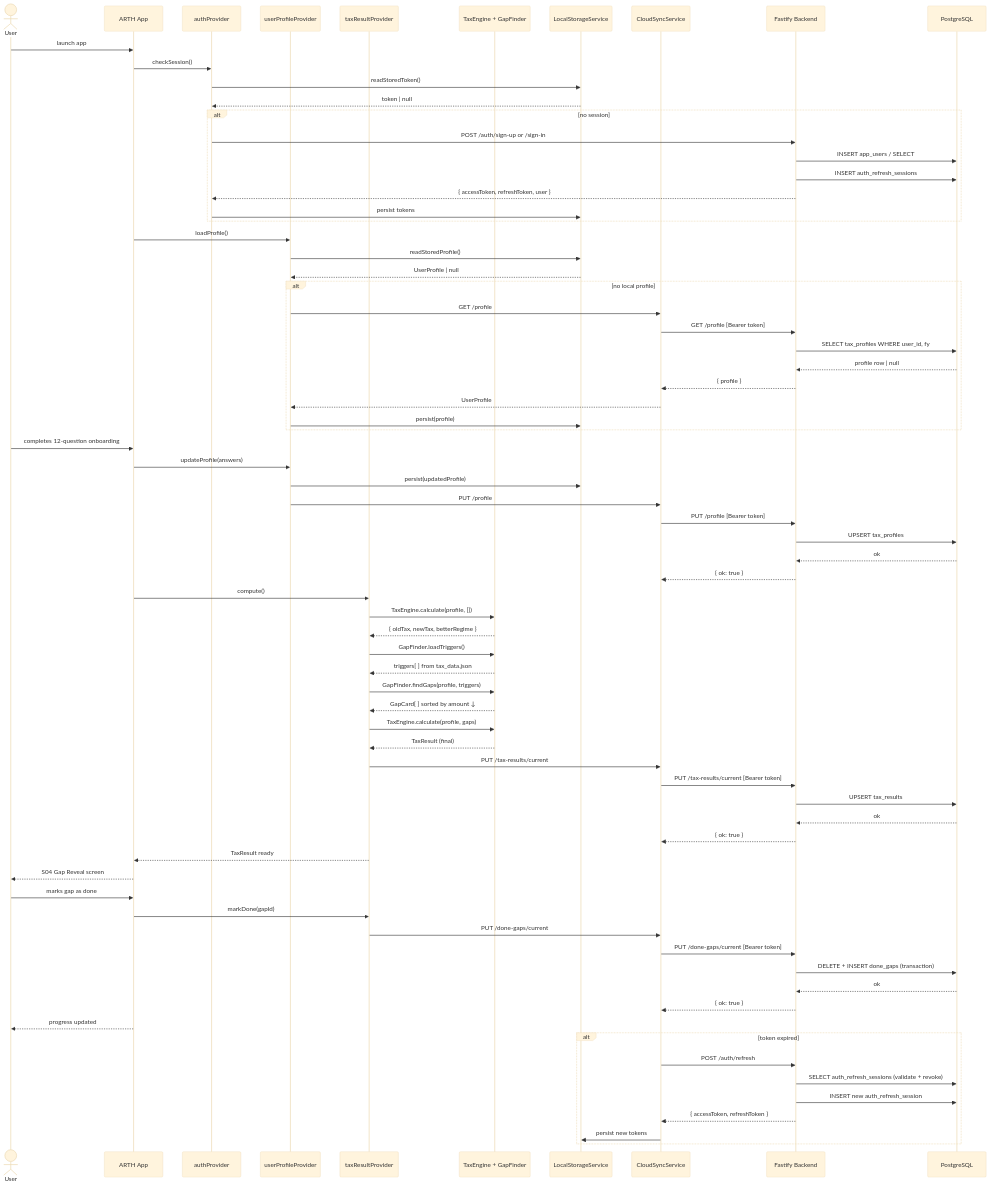
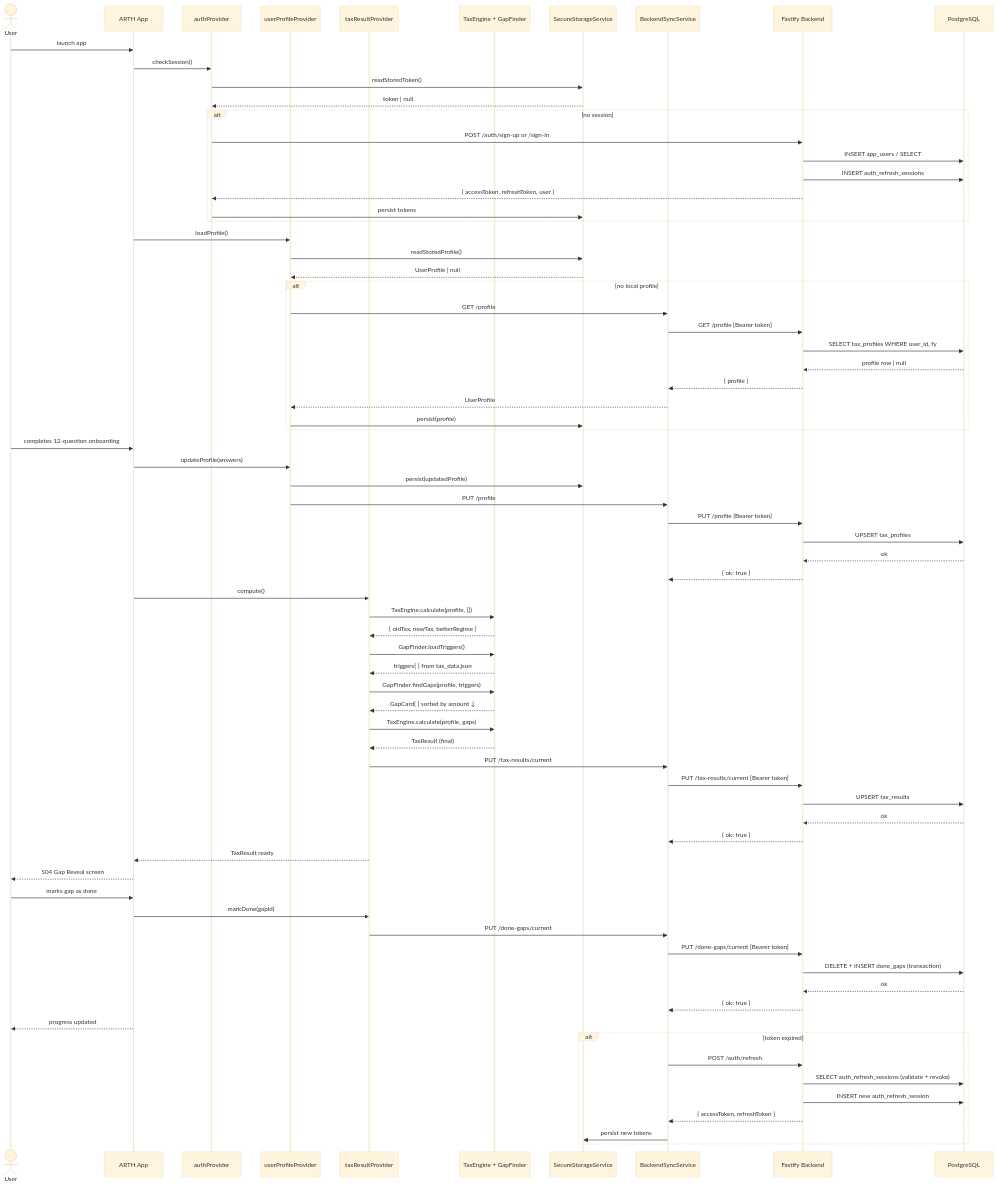
Before and after one commit to rish106-hub/ARTH: the second of 3 diagrams in README.md, drawn with Mermaid (base theme). The commit also changed other lines of this file and 18 other files, not shown here.

Commit message:
Harden security storage and backend defaults

```diff
--- a/README.md
+++ b/README.md
@@ -208,8 +202,8 @@
     participant ProfP as userProfileProvider
     participant TaxP as taxResultProvider
     participant Engine as TaxEngine + GapFinder
-    participant Local as LocalStorageService
-    participant Cloud as CloudSyncService
+    participant Local as SecureStorageService
+    participant Cloud as BackendSyncService
     participant Backend as Fastify Backend
     participant DB as PostgreSQL
 
```
